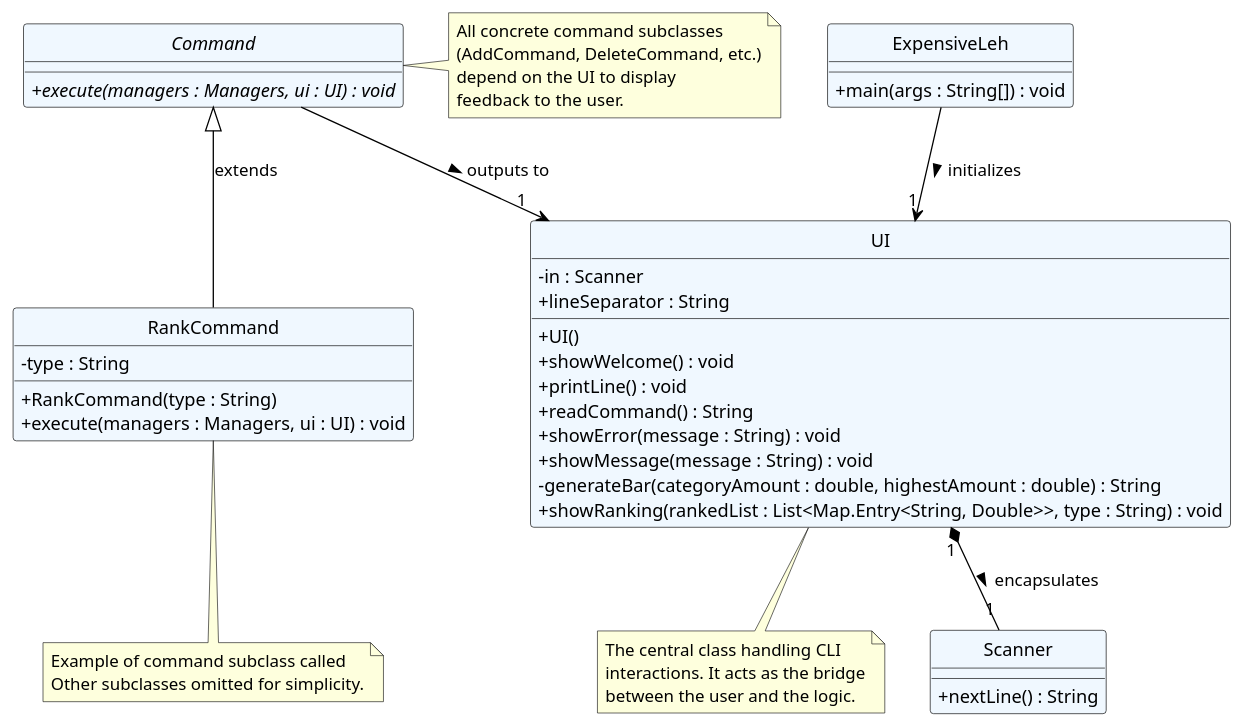
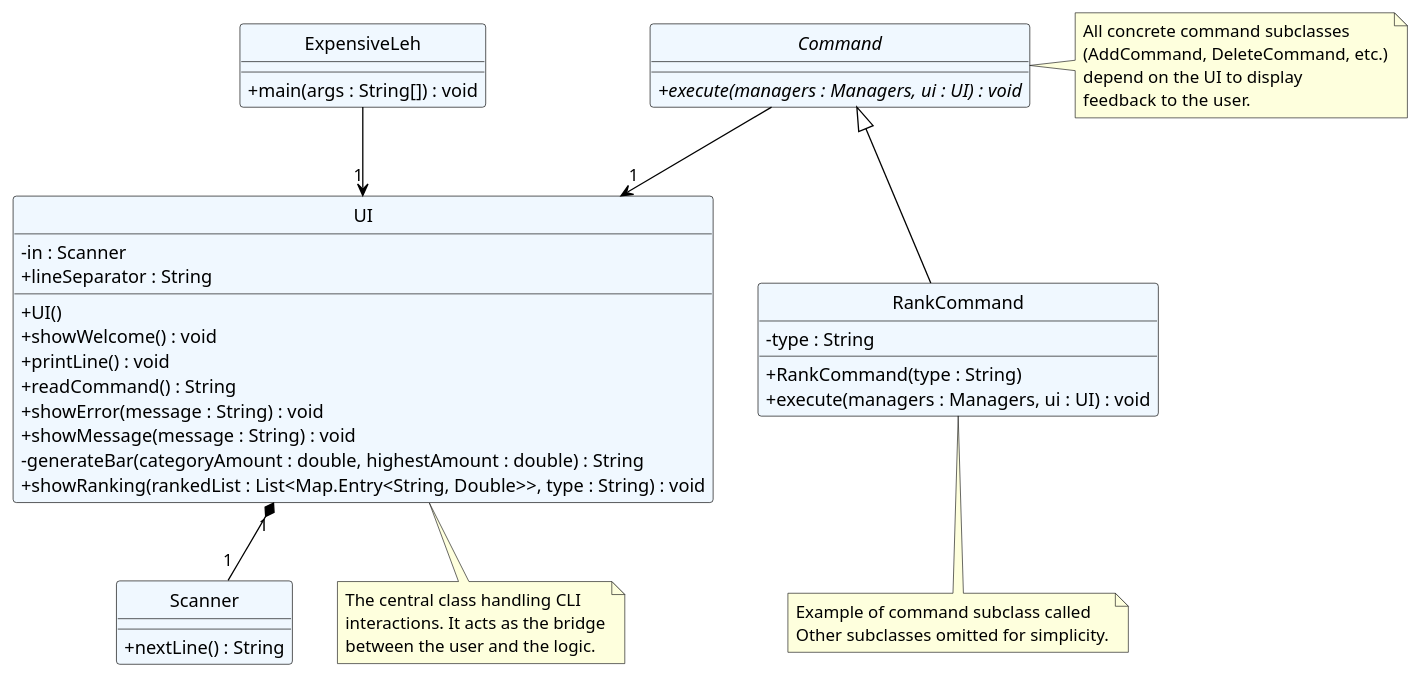
Before and after one commit to KanakornMek/tp: the diagram in docs/Diagrams/UI.puml, drawn with PlantUML. The commit also changed 13 other files, not shown here.

Commit message:
Modified uml diagrams to fit course specifications and their equivalent png files

```diff
--- a/docs/Diagrams/UI.puml
+++ b/docs/Diagrams/UI.puml
@@ -1,73 +1,73 @@
 @startuml UI_Class_Diagram
 ' Define skin settings to match ExpenseManager
 skinparam classAttributeIconSize 0
 
 hide circle
 
 skinparam class {
     BackgroundColor AliceBlue
     ArrowColor Black
     BorderColor Black
 }
 
 ' The core UI Class
 class UI {
     - in : Scanner
     + lineSeparator : String
     + UI()
     + showWelcome() : void
     + printLine() : void
     + readCommand() : String
     + showError(message : String) : void
     + showMessage(message : String) : void
     - generateBar(categoryAmount : double, highestAmount : double) : String
     + showRanking(rankedList : List<Map.Entry<String, Double>>, type : String) : void
 }
 
 ' Java Util Scanner
 class Scanner {
     + nextLine() : String
 }
 
 ' Main Application Class
 class ExpensiveLeh {
     + main(args : String[]) : void
 }
 
 ' Abstract Command Class
 abstract class Command {
     + {abstract} execute(managers : Managers, ui : UI) : void
 }
 
 ' Specific Command (as an example of usage)
 class RankCommand {
     - type : String
     + RankCommand(type : String)
     + execute(managers : Managers, ui : UI) : void
 }
 
 ' Relationships
-UI "1" *-- "1" Scanner : encapsulates >
-ExpensiveLeh --> "1" UI : initializes >
-Command --> "1" UI : outputs to >
-Command <|-- RankCommand : extends
+UI "1" *-- "1" Scanner
+ExpensiveLeh --> "1" UI
+Command --> "1" UI
+Command <|-- RankCommand
 
 note bottom of UI
   The central class handling CLI
   interactions. It acts as the bridge
   between the user and the logic.
 end note
 
 note right of Command
   All concrete command subclasses
   (AddCommand, DeleteCommand, etc.)
   depend on the UI to display
   feedback to the user.
 end note
 
 note bottom of RankCommand
   Example of command subclass called
   Other subclasses omitted for simplicity.
 end note
 
 @enduml
```
